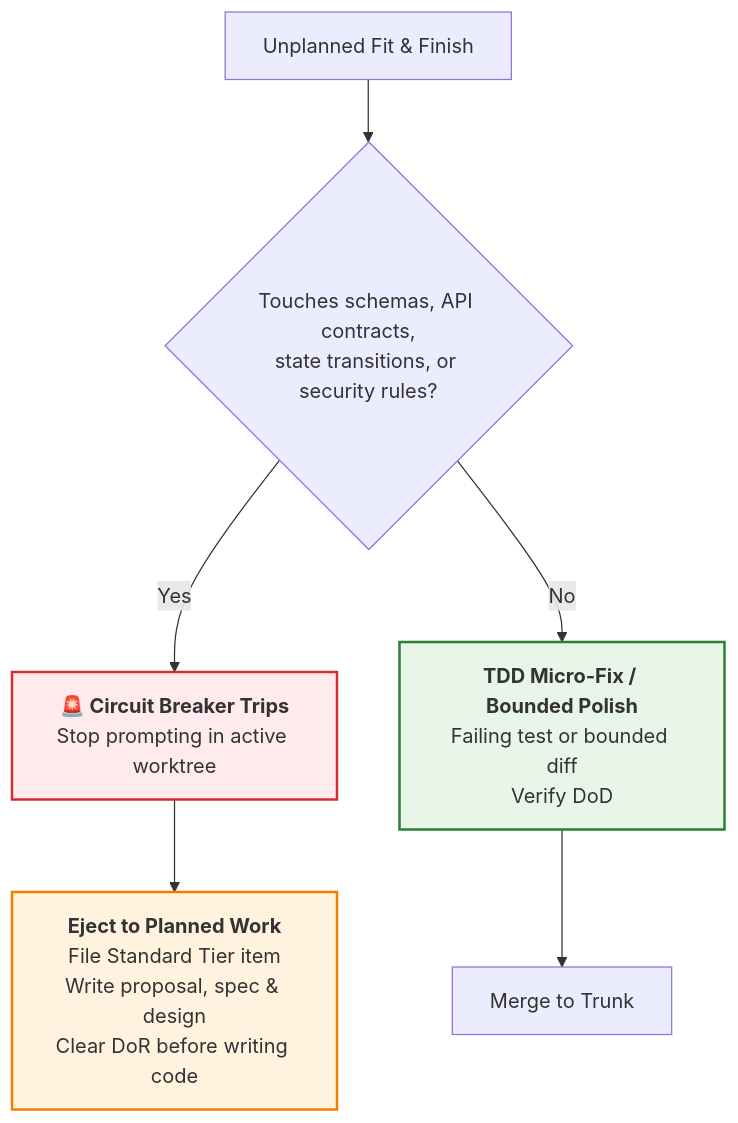
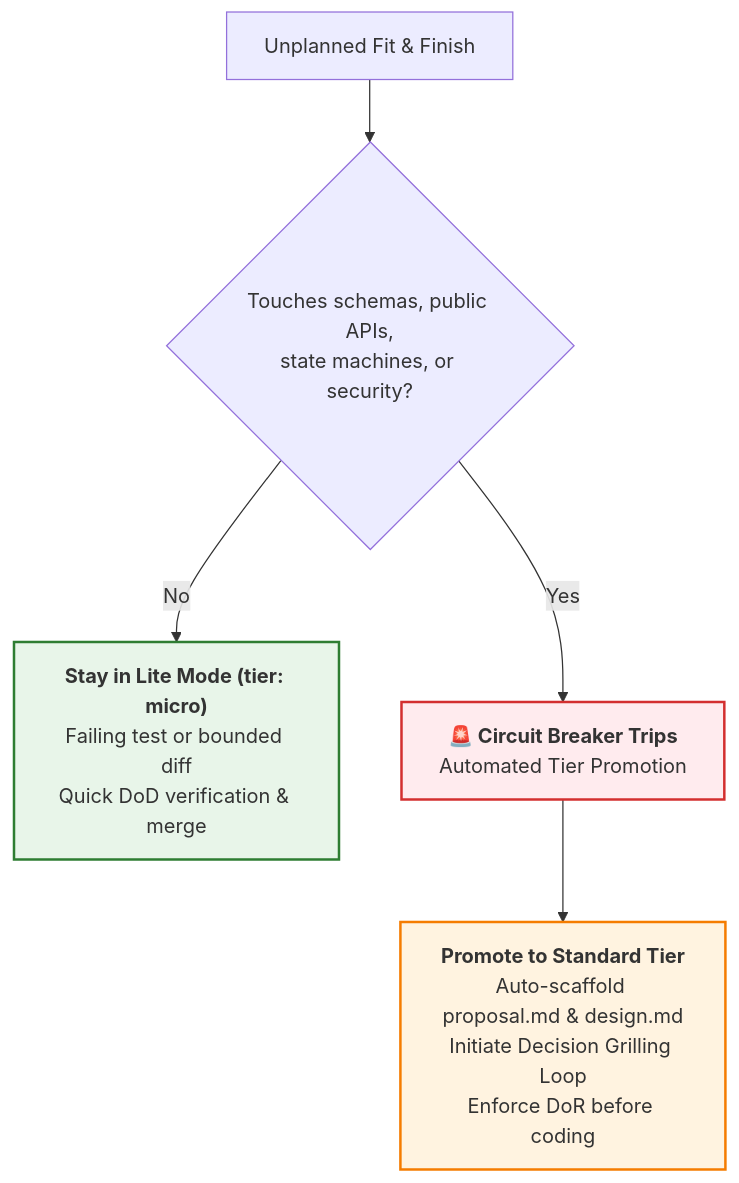
One commit to keolo/keolo-com changed the third of 3 diagrams in content/posts/planned-vs-unplanned-work-in-agentic-development.md. Above: the diagram before and after it, drawn with Mermaid. The commit also changed other lines of this file, not shown here.

Commit message:
docs(blog): refactor post around uniform DX and progressive tier categorization

````diff
--- a/content/posts/planned-vs-unplanned-work-in-agentic-development.md
+++ b/content/posts/planned-vs-unplanned-work-in-agentic-development.md
@@ -148,14 +117,13 @@
 ```mermaid
 flowchart TD
-    Start["Unplanned Fit & Finish"] --> Check{"Touches schemas, API contracts,<br/>state transitions, or security rules?"}
+    Start["Unplanned Fit & Finish"] --> Check{"Touches schemas, public APIs,<br/>state machines, or security?"}
     
-    Check -- Yes --> Breaker["<b>🚨 Circuit Breaker Trips</b><br/>Stop prompting in active worktree"]
-    Breaker --> Escalate["<b>Eject to Planned Work</b><br/>File Standard Tier item<br/>Write proposal, spec & design<br/>Clear DoR before writing code"]
+    Check -- No --> Micro["<b>Stay in Lite Mode (tier: micro)</b><br/>Failing test or bounded diff<br/>Quick DoD verification & merge"]
     
-    Check -- No --> Fix["<b>TDD Micro-Fix / Bounded Polish</b><br/>Failing test or bounded diff<br/>Verify DoD"]
-    Fix --> Merge["Merge to Trunk"]
-
+    Check -- Yes --> Breaker["<b>🚨 Circuit Breaker Trips</b><br/>Automated Tier Promotion"]
+    Breaker --> Escalate["<b>Promote to Standard Tier</b><br/>Auto-scaffold proposal.md & design.md<br/>Initiate Decision Grilling Loop<br/>Enforce DoR before coding"]
+    
     style Breaker fill:#ffebee,stroke:#d32f2f,stroke-width:2px
     style Escalate fill:#fff3e0,stroke:#f57c00,stroke-width:2px
-    style Fix fill:#e8f5e9,stroke:#2e7d32,stroke-width:2px
+    style Micro fill:#e8f5e9,stroke:#2e7d32,stroke-width:2px
 ```
````
